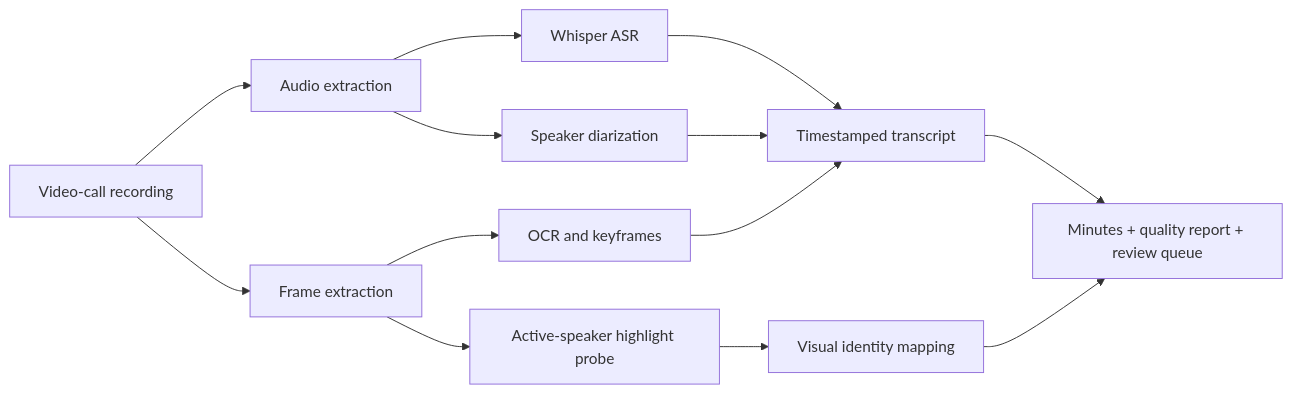
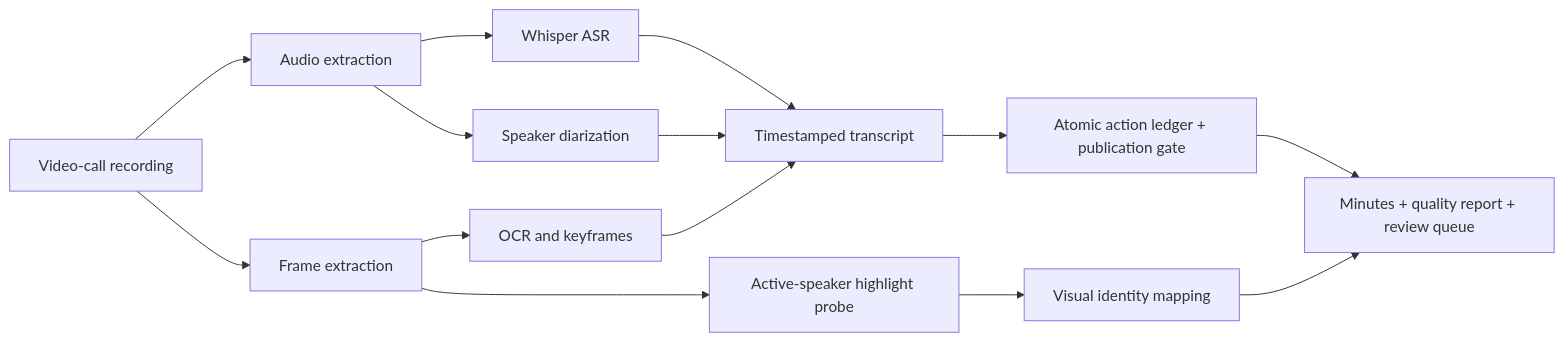
One commit to YoshiyukiSakura/meeting-minutes-pipeline changed the diagram in README.md. Above: the diagram before and after it, drawn with Mermaid. The commit also changed other lines of this file and 38 other files, not shown here.

````diff
--- a/README.md
+++ b/README.md
@@ -31,15 +42,16 @@
 ```mermaid
 flowchart LR
   A["Video-call recording"] --> B["Audio extraction"]
   A --> C["Frame extraction"]
   B --> D["Whisper ASR"]
   B --> E["Speaker diarization"]
   C --> F["OCR and keyframes"]
   C --> G["Active-speaker highlight probe"]
   D --> H["Timestamped transcript"]
   E --> H
   F --> H
   G --> I["Visual identity mapping"]
-  H --> J["Minutes + quality report + review queue"]
+  H --> K["Atomic action ledger + publication gate"]
+  K --> J["Minutes + quality report + review queue"]
   I --> J
 ```
````
